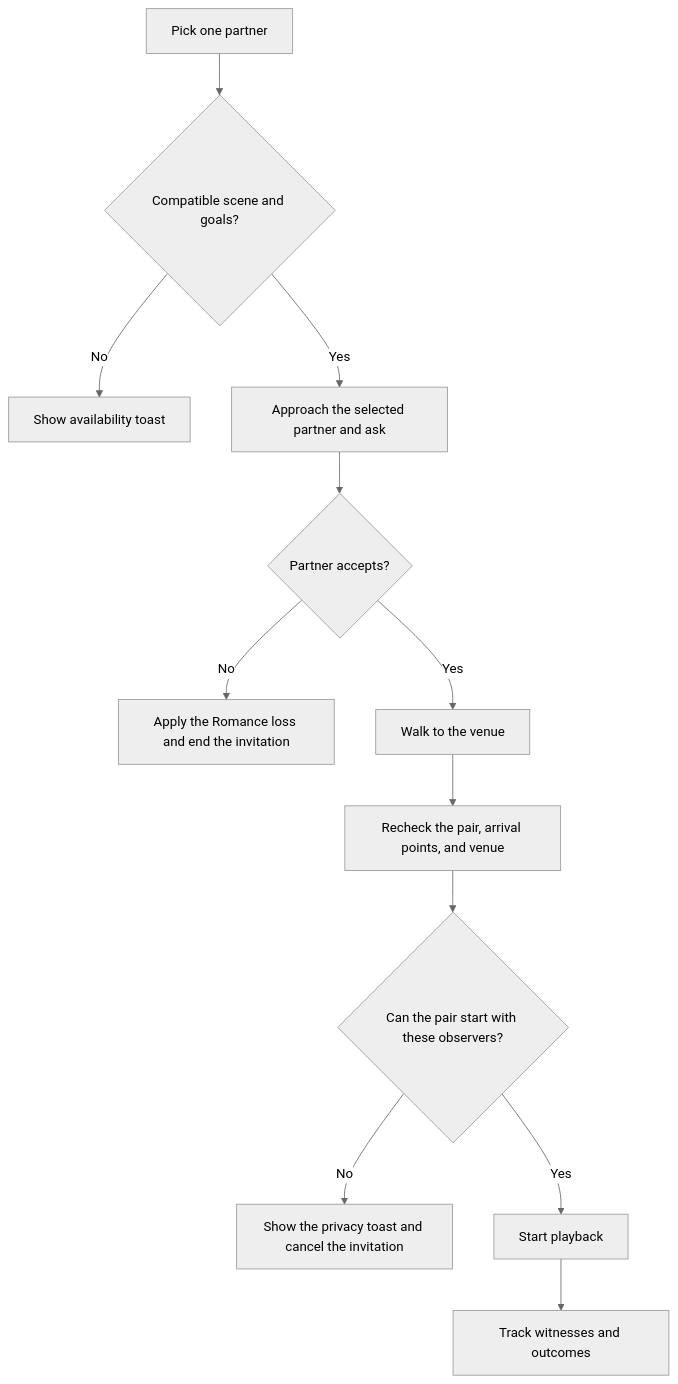
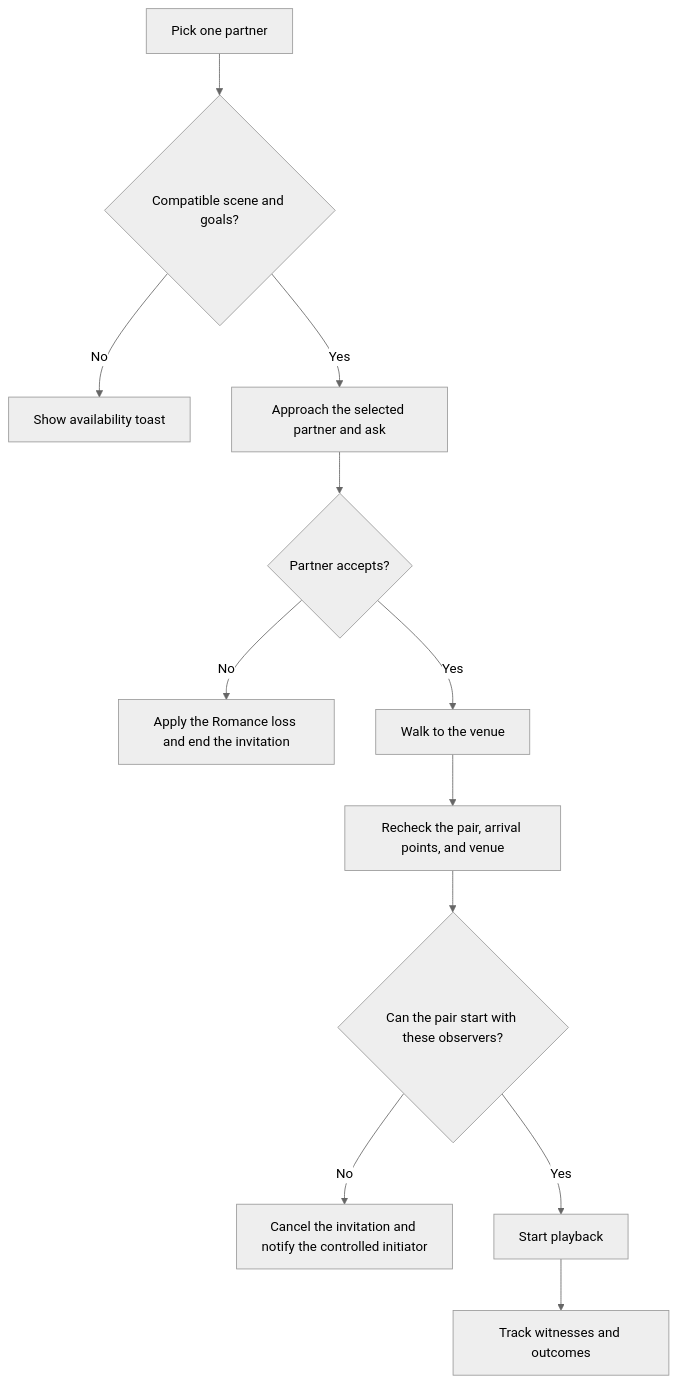
The diagram in docs/encounter-design.md (acepleiades/HZoi-Gameplay), drawn with Mermaid (neutral theme) before and after one commit. The commit also changed other lines of this file and 5 other files, not shown here.

````diff
--- a/docs/encounter-design.md
+++ b/docs/encounter-design.md
@@ -15,14 +15,14 @@
 ```mermaid
 flowchart TD
     P["Pick one partner"] --> C{"Compatible scene and goals?"}
     C -->|No| T["Show availability toast"]
     C -->|Yes| I["Approach the selected partner and ask"]
     I --> A{"Partner accepts?"}
     A -->|No| E["Apply the Romance loss and end the invitation"]
     A -->|Yes| W["Walk to the venue"]
     W --> R["Recheck the pair, arrival points, and venue"]
     R --> V{"Can the pair start with these observers?"}
-    V -->|No| F["Show the privacy toast and cancel the invitation"]
+    V -->|No| F["Cancel the invitation and notify the controlled initiator"]
     V -->|Yes| S["Start playback"]
     S --> O["Track witnesses and outcomes"]
 ```
````
